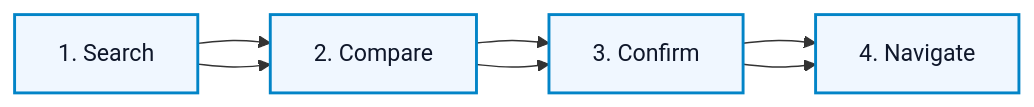
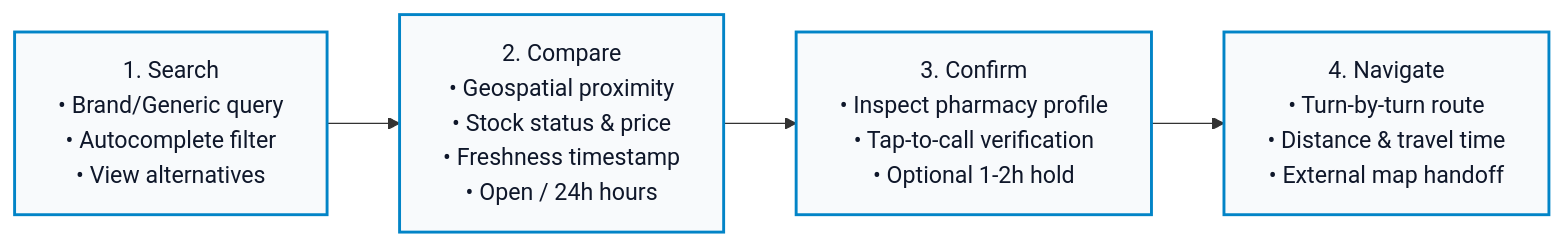
The second of 7 diagrams in README.MD (10bitsofwalid/MediFind), drawn with Mermaid before and after one commit. The commit also changed other lines of this file and 4 other files, not shown here.

````diff
--- a/README.MD
+++ b/README.MD
@@ -82,12 +214,10 @@
 ```mermaid
 flowchart LR
-    A[1. Search] --> B[2. Compare]
-    B --> C[3. Confirm]
-    C --> D[4. Navigate]
+    S1["1. Search<br/>• Brand/Generic query<br/>• Autocomplete filter<br/>• View alternatives"] 
+    --> S2["2. Compare<br/>• Geospatial proximity<br/>• Stock status & price<br/>• Freshness timestamp<br/>• Open / 24h hours"]
+    --> S3["3. Confirm<br/>• Inspect pharmacy profile<br/>• Tap-to-call verification<br/>• Optional 1-2h hold"]
+    --> S4["4. Navigate<br/>• Turn-by-turn route<br/>• Distance & travel time<br/>• External map handoff"]
 
-    A:::step --> B:::step
-    B:::step --> C:::step
-    C:::step --> D:::step
-
-    classDef step fill:#f0f7ff,stroke:#0284c7,stroke-width:2px,color:#0f172a;
+    classDef stage fill:#f8fafc,stroke:#0284c7,stroke-width:2px,color:#0f172a;
+    class S1,S2,S3,S4 stage;
 ```
````
